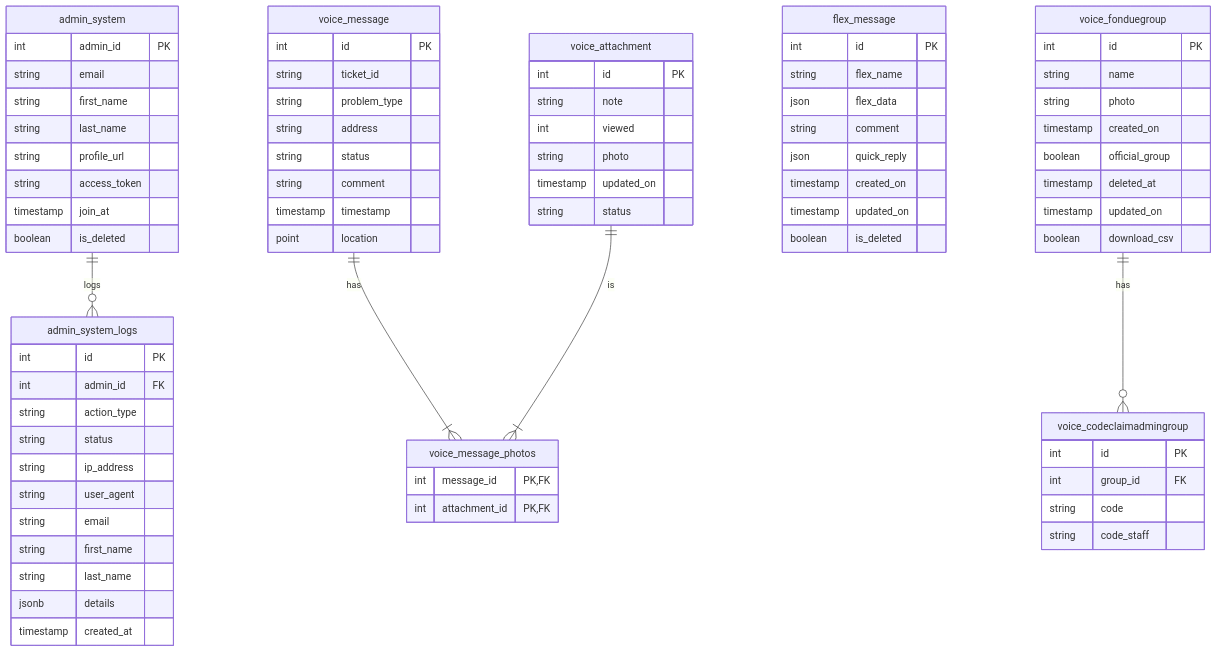
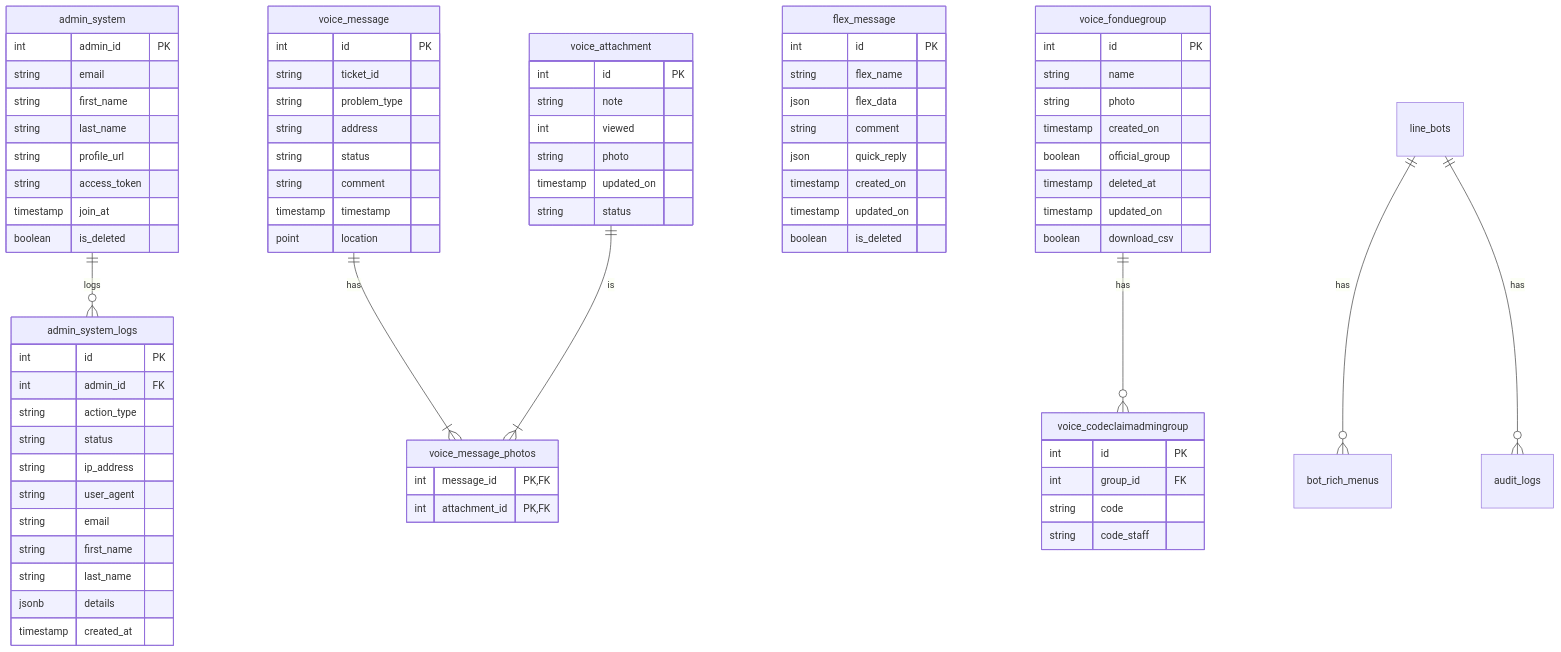
One commit to TanedW/internal_web_API changed the second of 4 diagrams in README.md. Above: the diagram before and after it, drawn with Mermaid. The commit also changed other lines of this file, not shown here.

````diff
--- a/README.md
+++ b/README.md
@@ -121,4 +129,6 @@
     voice_message ||--|{ voice_message_photos : "has"
     voice_attachment ||--|{ voice_message_photos : "is"
     voice_fonduegroup ||--o{ voice_codeclaimadmingroup : "has"
+    line_bots ||--o{ bot_rich_menus : "has"
+    line_bots ||--o{ audit_logs : "has"
 ```
````
